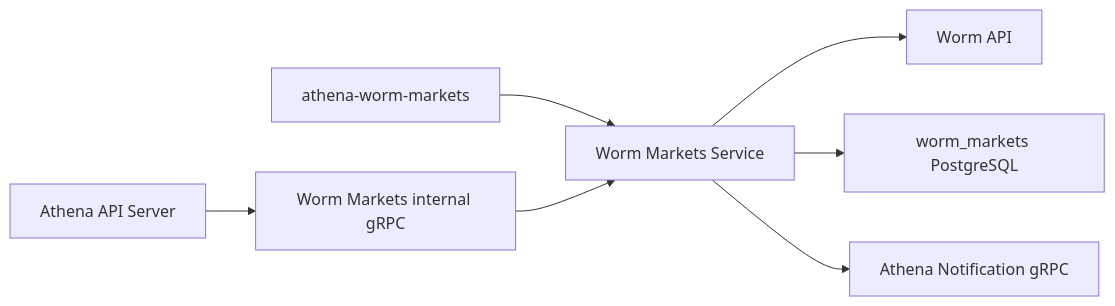
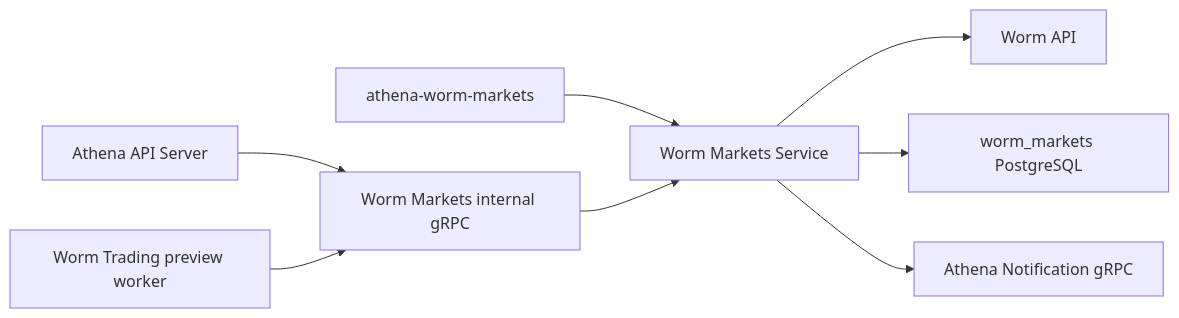
One commit to useryege/athena-o changed the diagram in docs/design/market-intelligence/worm-markets.md. Above: the diagram before and after it, drawn with Mermaid. The commit also changed other lines of this file and 34 other files, not shown here.

````diff
--- a/docs/design/market-intelligence/worm-markets.md
+++ b/docs/design/market-intelligence/worm-markets.md
@@ -43,9 +45,10 @@
 ```mermaid
 flowchart LR
     C["athena-worm-markets"] --> S["Worm Markets Service"]
     S --> W["Worm API"]
     S --> P["worm_markets PostgreSQL"]
     S --> N["Athena Notification gRPC"]
     A["Athena API Server"] --> G["Worm Markets internal gRPC"]
+    T["Worm Trading preview worker"] --> G
     G --> S
 ```
````
